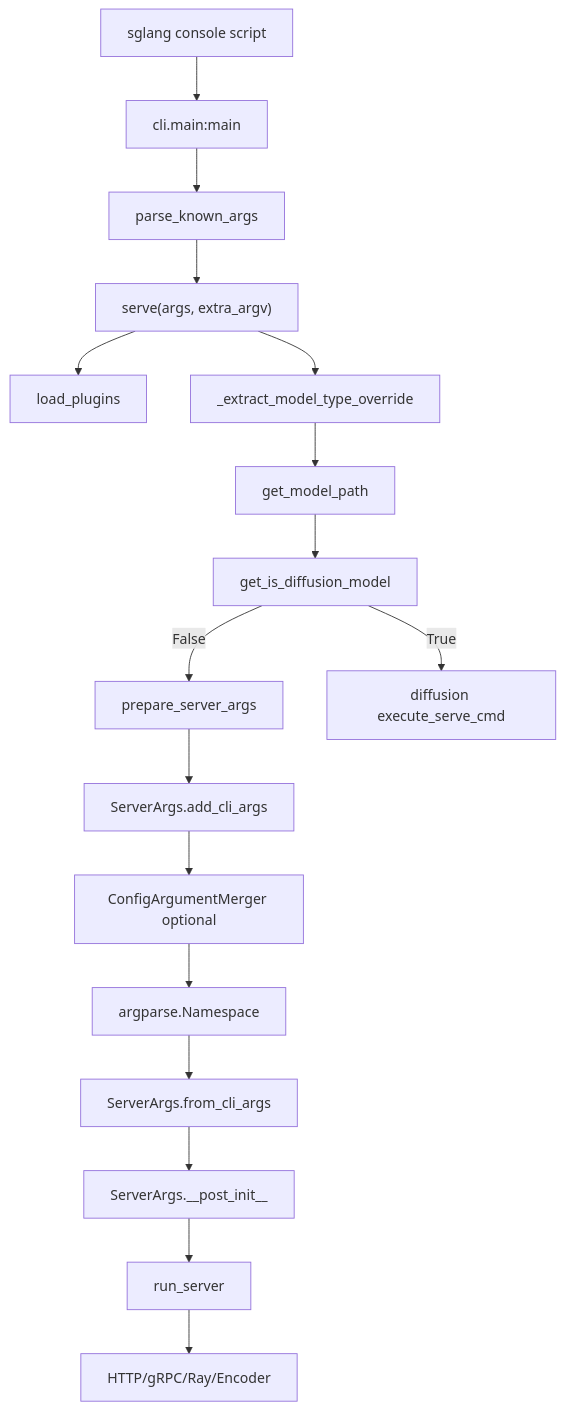
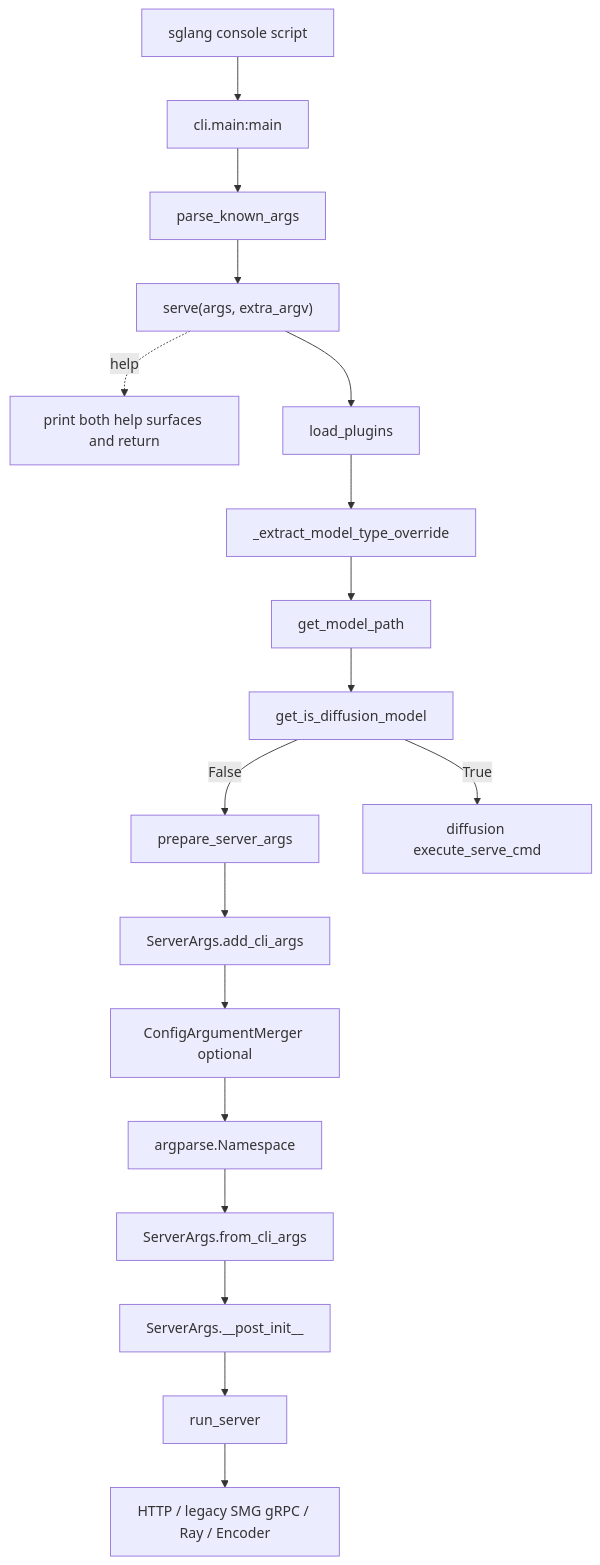
One commit to OnlyHero5/sglang-reading-vault changed the diagram in sglang_reading/启动与入口/启动链路/SGLang-启动链路-源码走读.md. Above: the diagram before and after it, drawn with Mermaid. The commit also changed other lines of this file and 512 other files, not shown here.

````diff
--- a/sglang_reading/启动与入口/启动链路/SGLang-启动链路-源码走读.md
+++ b/sglang_reading/启动与入口/启动链路/SGLang-启动链路-源码走读.md
@@ -41,19 +41,20 @@
 ```mermaid
 flowchart TD
  A["sglang console script"] --> B["cli.main:main"]
  B --> C["parse_known_args"]
  C --> D["serve(args, extra_argv)"]
+ D -.->|help| Z["print both help surfaces and return"]
  D --> E["load_plugins"]
- D --> F["_extract_model_type_override"]
+ E --> F["_extract_model_type_override"]
  F --> G["get_model_path"]
  G --> H["get_is_diffusion_model"]
  H -->|False| I["prepare_server_args"]
  H -->|True| J["diffusion execute_serve_cmd"]
  I --> K["ServerArgs.add_cli_args"]
  K --> L["ConfigArgumentMerger optional"]
  L --> M["argparse.Namespace"]
  M --> N["ServerArgs.from_cli_args"]
  N --> O["ServerArgs.__post_init__"]
  O --> P["run_server"]
- P --> Q["HTTP/gRPC/Ray/Encoder"]
+ P --> Q["HTTP / legacy SMG gRPC / Ray / Encoder"]
 ```
````
